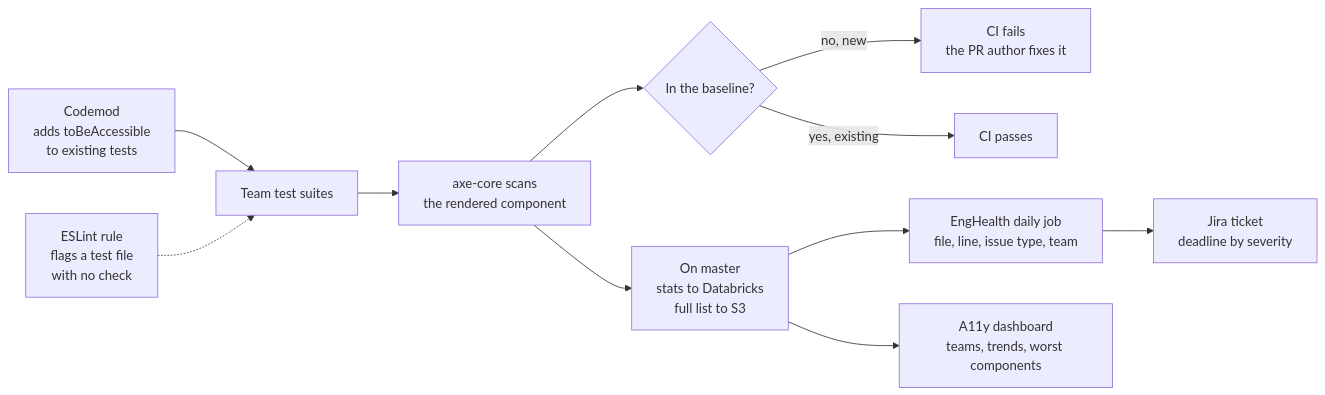
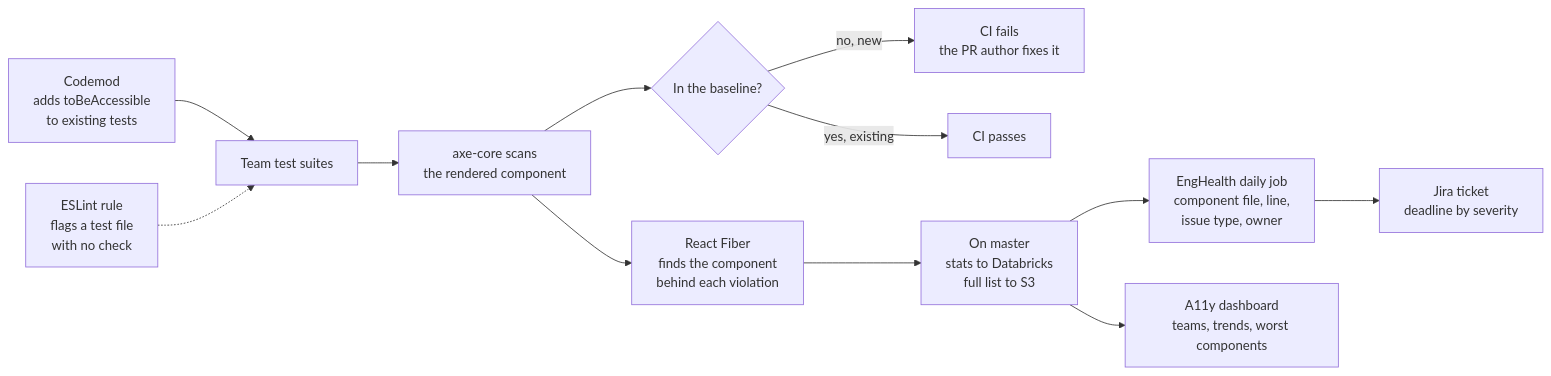
One commit to oleg-chibikov/project-architecture changed the second of 3 diagrams in accessibility-tooling/README.md. Above: the diagram before and after it, drawn with Mermaid. The commit also changed other lines of this file and 1 other file, not shown here.

Commit message:
Add React Fiber attribution to accessibility tooling

````diff
--- a/accessibility-tooling/README.md
+++ b/accessibility-tooling/README.md
@@ -60,13 +60,14 @@
 ```mermaid
 flowchart LR
   Codemod["Codemod<br/>adds toBeAccessible<br/>to existing tests"] --> Suites["Team test suites"]
   Lint["ESLint rule<br/>flags a test file<br/>with no check"] -.-> Suites
   Suites --> Axe["axe-core scans<br/>the rendered component"]
   Axe --> Compare{"In the baseline?"}
   Compare -->|no, new| Fail["CI fails<br/>the PR author fixes it"]
   Compare -->|yes, existing| Pass["CI passes"]
-  Axe --> Report["On master<br/>stats to Databricks<br/>full list to S3"]
-  Report --> EH["EngHealth daily job<br/>file, line, issue type, team"]
+  Axe --> Fiber["React Fiber<br/>finds the component<br/>behind each violation"]
+  Fiber --> Report["On master<br/>stats to Databricks<br/>full list to S3"]
+  Report --> EH["EngHealth daily job<br/>component file, line,<br/>issue type, owner"]
   EH --> Ticket["Jira ticket<br/>deadline by severity"]
   Report --> Dash["A11y dashboard<br/>teams, trends, worst components"]
 ```
````
